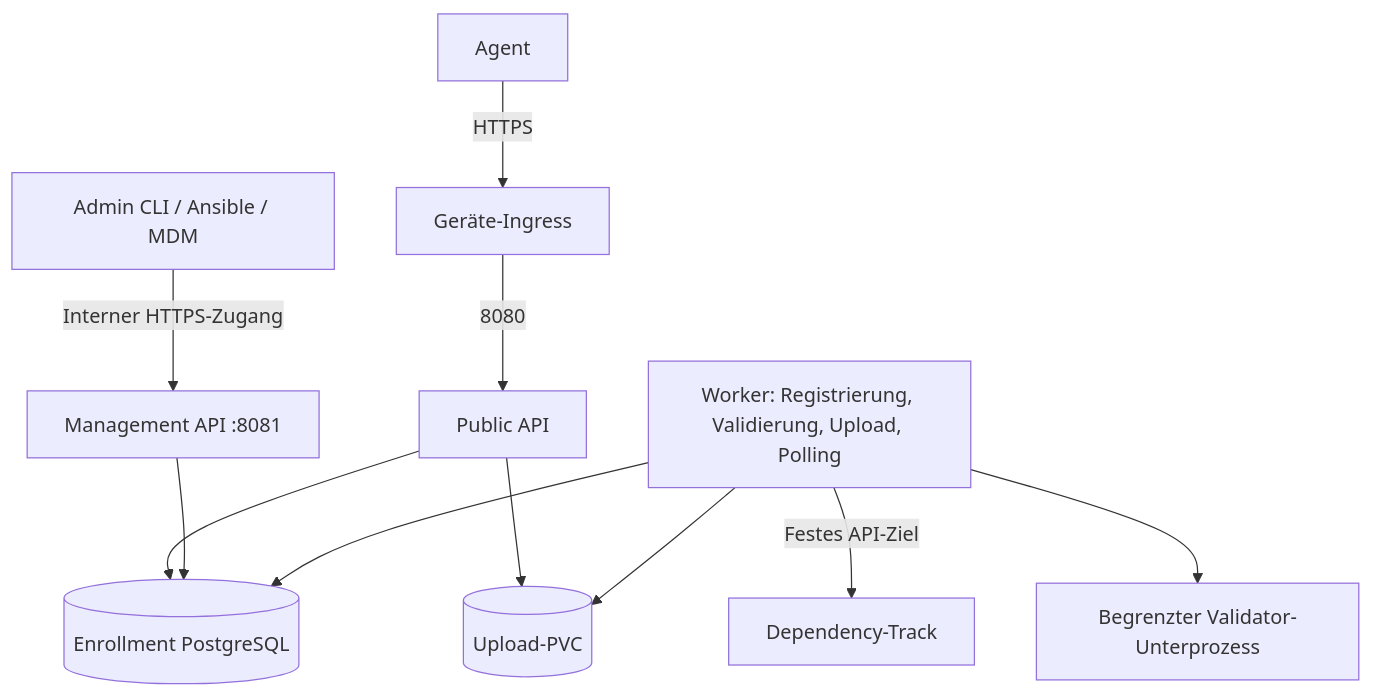
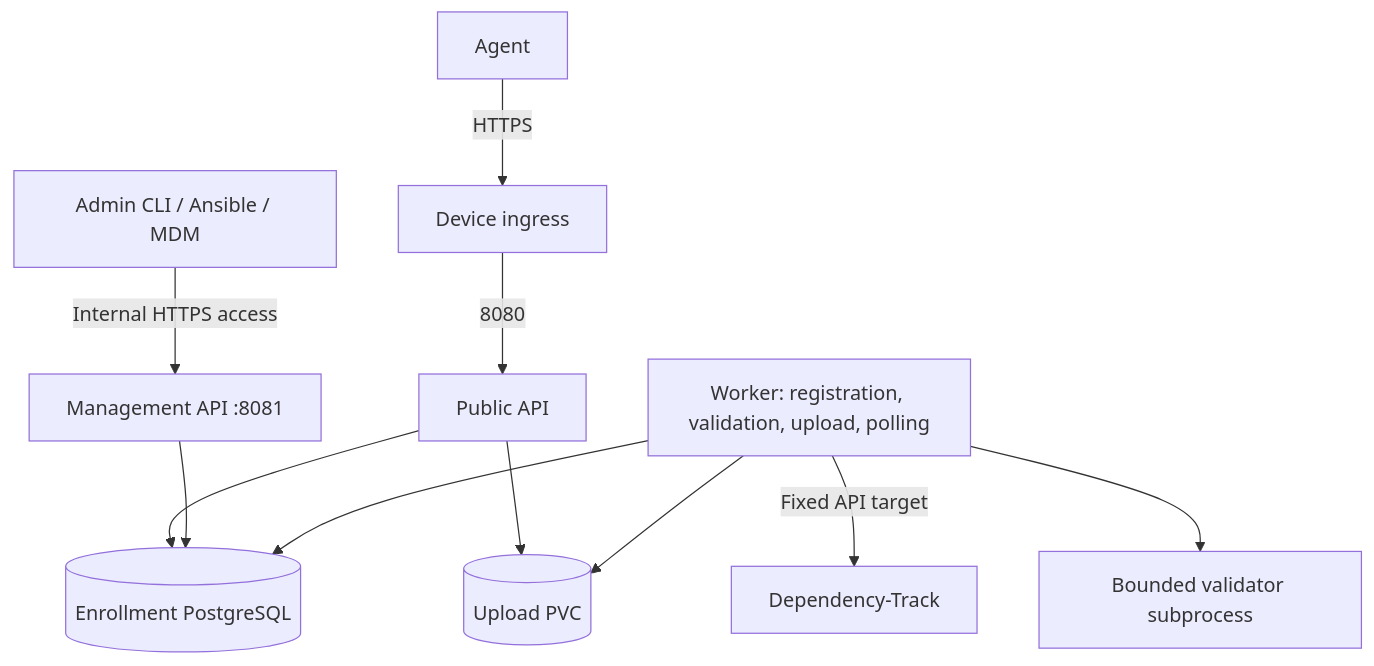
One commit to jandegen/PatchWatch changed the first of 2 diagrams in docs/design/enrollment-architecture.md. Above: the diagram before and after it, drawn with Mermaid. The commit also changed other lines of this file and 43 other files, not shown here.

````diff
--- a/docs/design/enrollment-architecture.md
+++ b/docs/design/enrollment-architecture.md
@@ -39,13 +39,13 @@
 ```mermaid
 flowchart TB
-    A[Agent] -->|HTTPS| I[Geräte-Ingress]
+    A[Agent] -->|HTTPS| I[Device ingress]
     I -->|8080| P[Public API]
-    C[Admin CLI / Ansible / MDM] -->|Interner HTTPS-Zugang| M[Management API :8081]
+    C[Admin CLI / Ansible / MDM] -->|Internal HTTPS access| M[Management API :8081]
     P --> DB[(Enrollment PostgreSQL)]
     M --> DB
-    P --> FS[(Upload-PVC)]
-    W[Worker: Registrierung, Validierung, Upload, Polling] --> DB
+    P --> FS[(Upload PVC)]
+    W[Worker: registration, validation, upload, polling] --> DB
     W --> FS
-    W -->|Festes API-Ziel| D[Dependency-Track]
-    W --> V[Begrenzter Validator-Unterprozess]
+    W -->|Fixed API target| D[Dependency-Track]
+    W --> V[Bounded validator subprocess]
 ```
````
